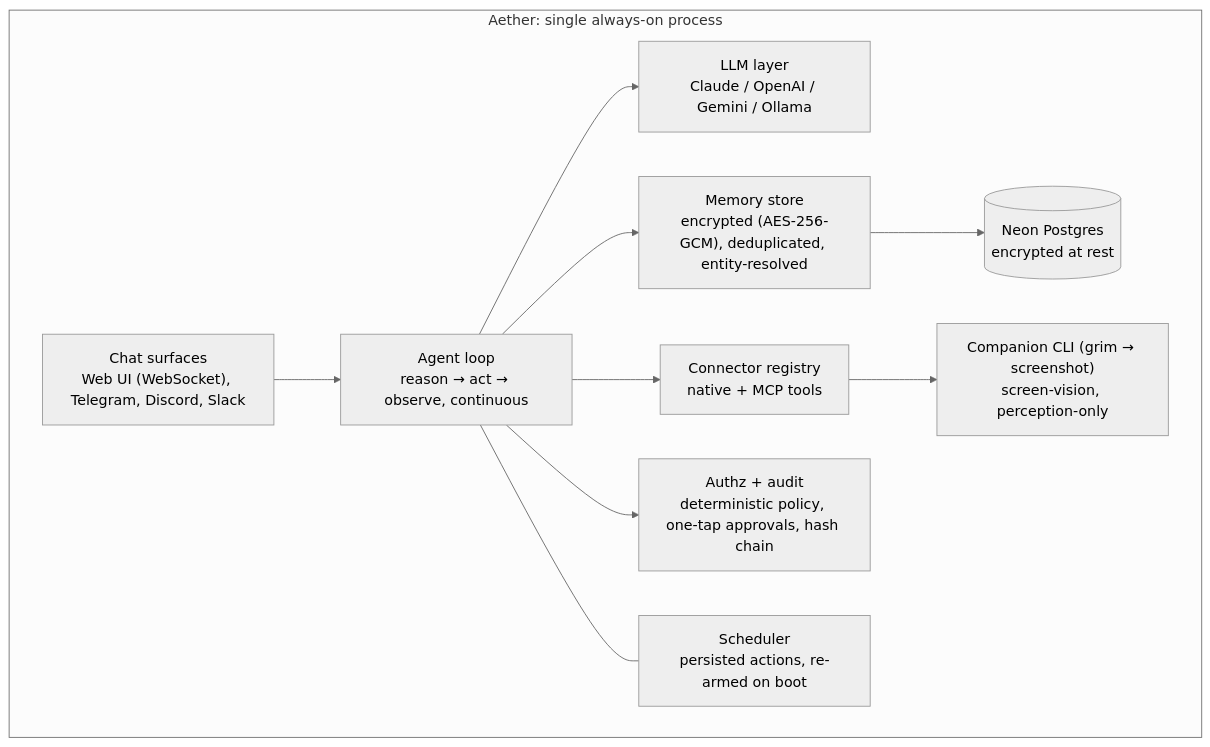
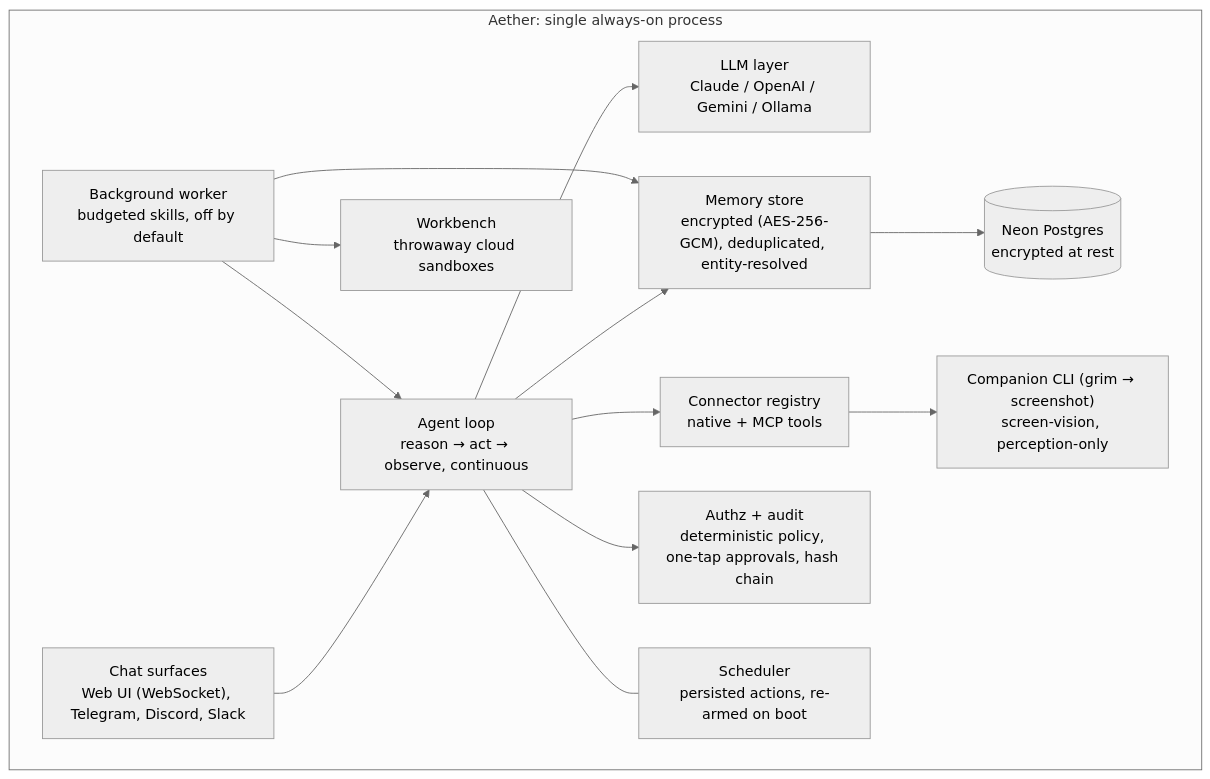
One commit to Vedant-Git-dev/Aether changed the second of 2 diagrams in README.md. Above: the diagram before and after it, drawn with Mermaid (neutral theme). The commit also changed other lines of this file, not shown here.

````diff
--- a/README.md
+++ b/README.md
@@ -155,23 +220,28 @@
 ```mermaid
 flowchart TB
     subgraph AE["Aether: single always-on process"]
         Chat["Chat surfaces<br/>Web UI (WebSocket), Telegram, Discord, Slack"]
         Loop["Agent loop<br/>reason → act → observe, continuous"]
         LLM["LLM layer<br/>Claude / OpenAI / Gemini / Ollama"]
         Conn["Connector registry<br/>native + MCP tools"]
         Mem["Memory store<br/>encrypted (AES-256-GCM), deduplicated, entity-resolved"]
         Authz["Authz + audit<br/>deterministic policy, one-tap approvals, hash chain"]
         Sched["Scheduler<br/>persisted actions, re-armed on boot"]
+        Worker["Background worker<br/>budgeted skills, off by default"]
+        Bench["Workbench<br/>throwaway cloud sandboxes"]
 
         Chat --> Loop
         Loop --> LLM
         Loop --> Conn
         Loop --> Mem
         Loop --> Authz
         Loop --- Sched
+        Worker --> Loop
+        Worker --> Mem
+        Worker --> Bench
     
 
     Mem --> DB[("Neon Postgres<br/>encrypted at rest")]
     Conn --> CLI["Companion CLI (grim → screenshot)<br/>screen-vision, perception-only"]
     end
 ```
````
